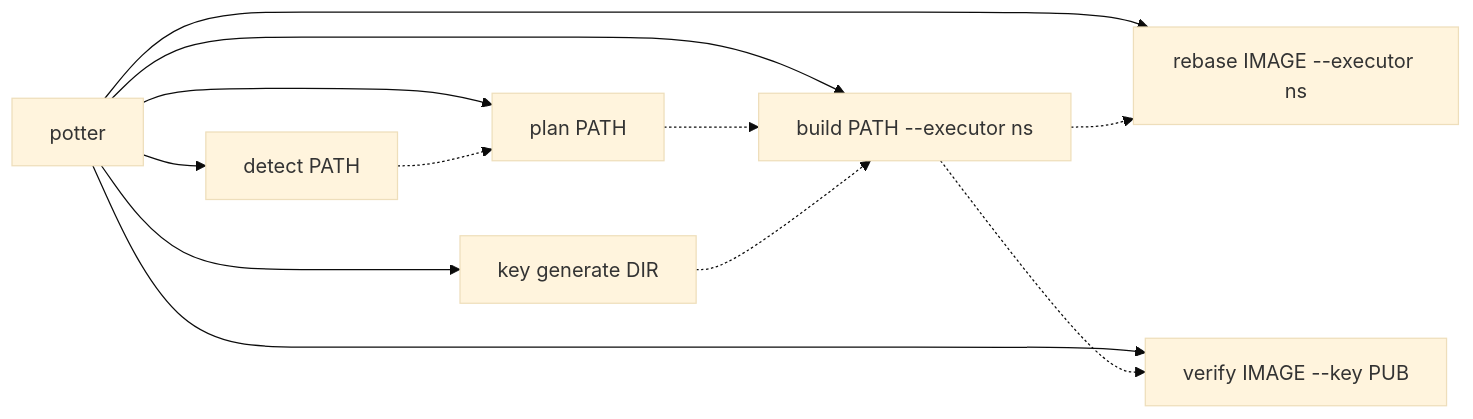
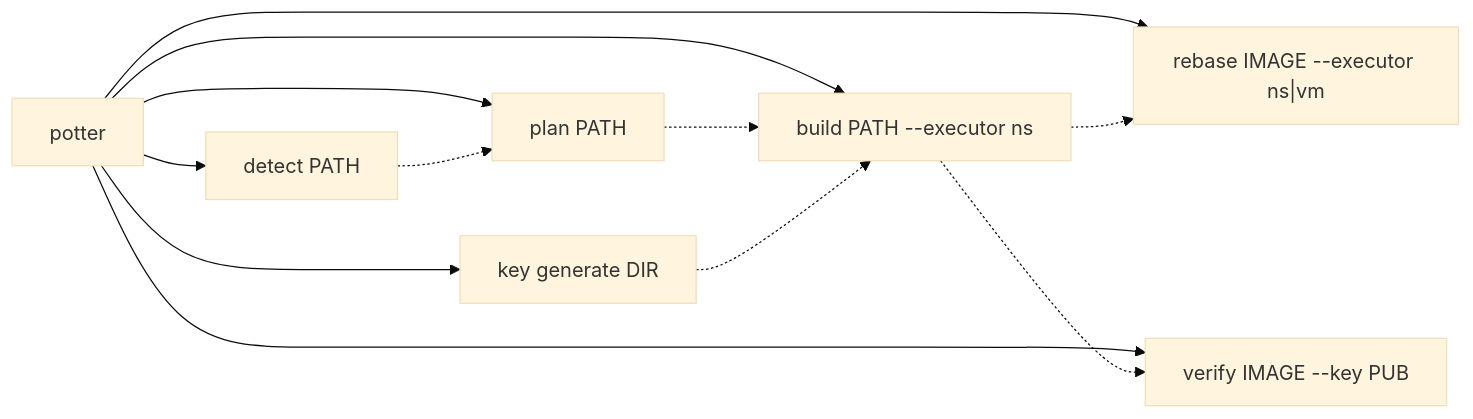
The sixth of 6 diagrams in README.md (AlfonsoCampodonico/potter), drawn with Mermaid (base theme) before and after one commit. The commit also changed other lines of this file and 4 other files, not shown here.

````diff
--- a/README.md
+++ b/README.md
@@ -286,14 +290,14 @@
 ```mermaid
 flowchart LR
     potter["potter"] --> detect["detect PATH"]
     potter --> plan["plan PATH"]
     potter --> build["build PATH --executor ns"]
-    potter --> rebase["rebase IMAGE --executor ns"]
+    potter --> rebase["rebase IMAGE --executor ns|vm"]
     potter --> verify["verify IMAGE --key PUB"]
     potter --> key["key generate DIR"]
     detect -.-> plan
     plan -.-> build
     key -.-> build
     build -.-> rebase
     build -.-> verify
 ```
````
